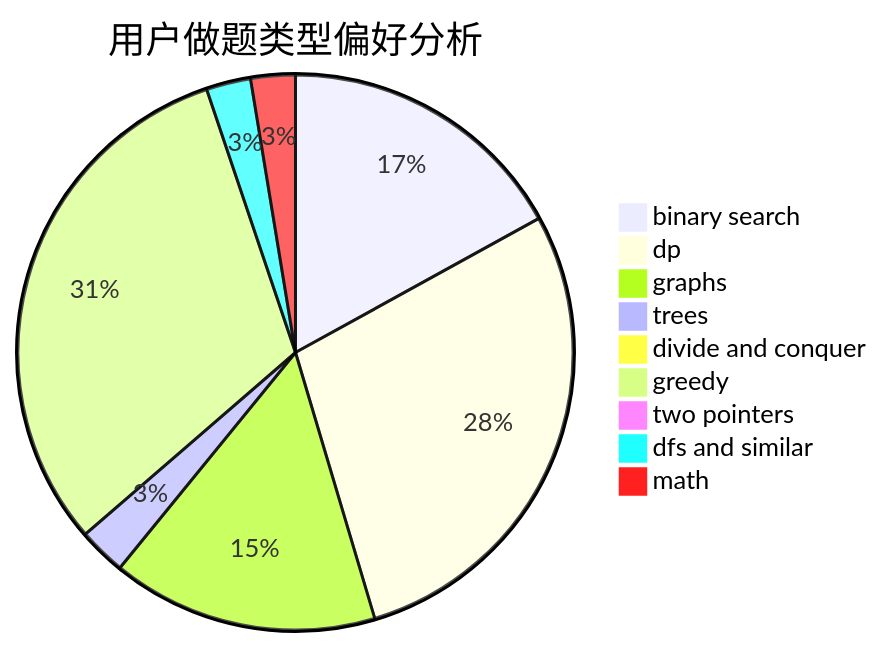
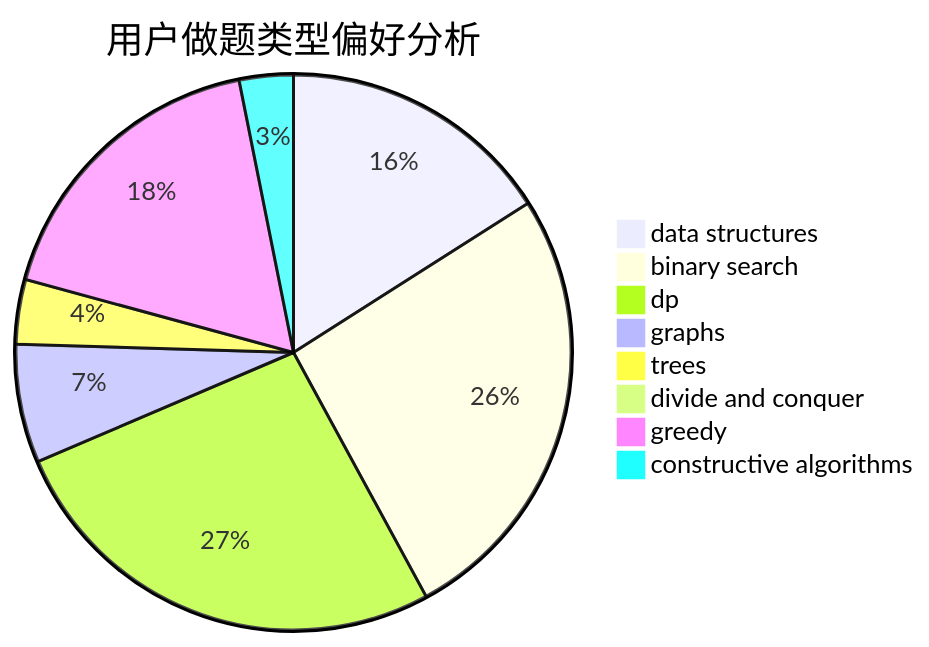
Before and after one commit to sherpahu/cfrs.github.io: the second of 3 diagrams in docs/user/u2638.md, drawn with Mermaid. The commit also changed other lines of this file and 2775 other files, not shown here.

````diff
--- a/docs/user/u2638.md
+++ b/docs/user/u2638.md
@@ -23,12 +23,11 @@
 ```mermaid
 pie title 用户做题类型偏好分析
-    "binary search" :  387
-    "dp" :  647
-    "graphs" :  353
-    "trees" :  63
+    "data structures" :  234
+    "binary search" :  382
+    "dp" :  388
+    "graphs" :  101
+    "trees" :  55
     "divide and conquer" :  0
-    "greedy" :  710
-    "two pointers" :  15
-    "dfs and similar" :  59
-    "math" :  59
+    "greedy" :  258
+    "constructive algorithms" :  46
 ```
````
